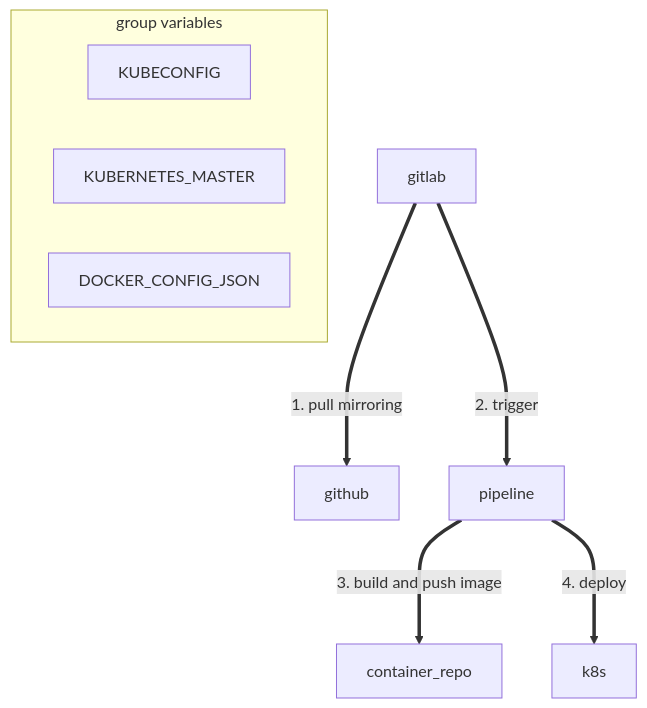
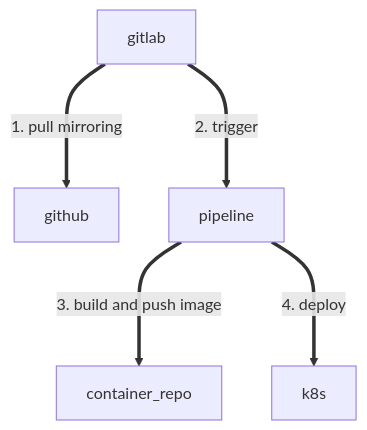
Before and after one commit to elwazi/data-catalogue-frontend-elwazi: the diagram in README.md, drawn with Mermaid. The commit also changed 1 other file, not shown here.

Commit message:
dc-30 readable code for dev time

````diff
--- a/README.md
+++ b/README.md
@@ -46,12 +46,8 @@
 ```mermaid
 flowchart
-    gitlab ===> |1. pull mirroring|github 
-    gitlab ===>|2. trigger|pipeline
+    gitlab   ===> |1. pull mirroring| github 
+    gitlab   ===> |2. trigger| pipeline
     pipeline ===> |3. build and push image|container_repo
     pipeline ===> |4. deploy|k8s
-    subgraph group variables
-      KUBECONFIG
-      KUBERNETES_MASTER
-      DOCKER_CONFIG_JSON
-    end
+
 ```
````
